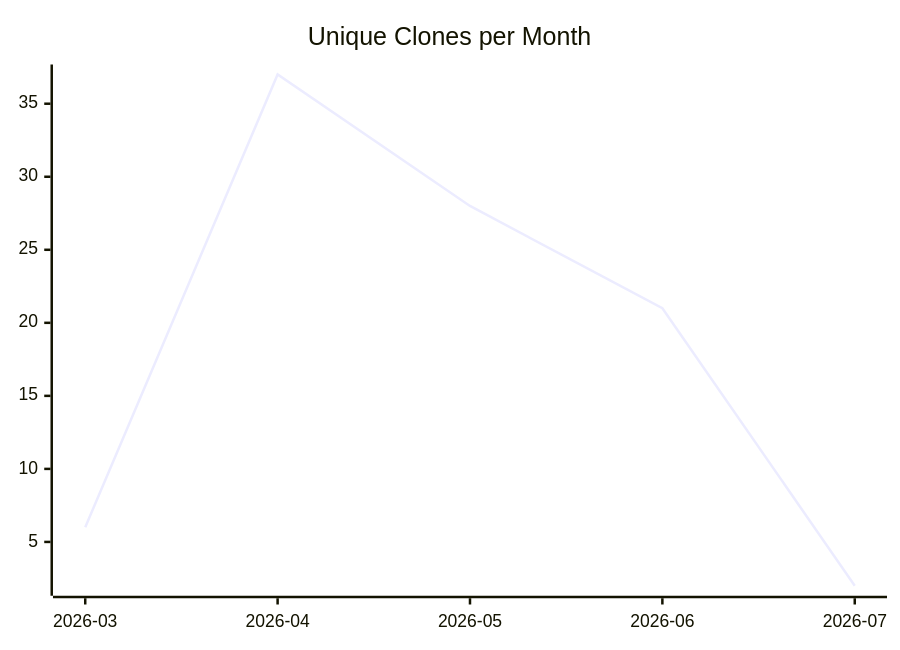
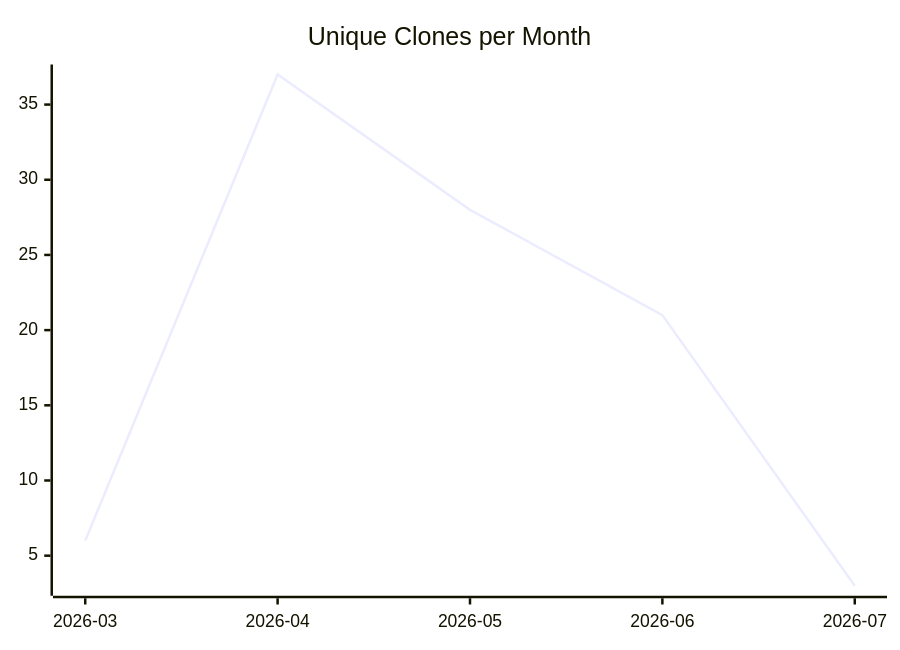
Before and after one commit to justdavis-family/github-analytics-data: the third of 3 diagrams in karlmdavis/ansible-role-jenkins2/README.md, drawn with Mermaid. The commit also changed other lines of this file and 185 other files, not shown here.

````diff
--- a/karlmdavis/ansible-role-jenkins2/README.md
+++ b/karlmdavis/ansible-role-jenkins2/README.md
@@ -19,6 +19,6 @@
 ```mermaid
 xychart-beta
   title "Unique Clones per Month"
   x-axis ["2026-03", "2026-04", "2026-05", "2026-06", "2026-07"]
-  line [6, 37, 28, 21, 2]
+  line [6, 37, 28, 21, 3]
 ```
````
